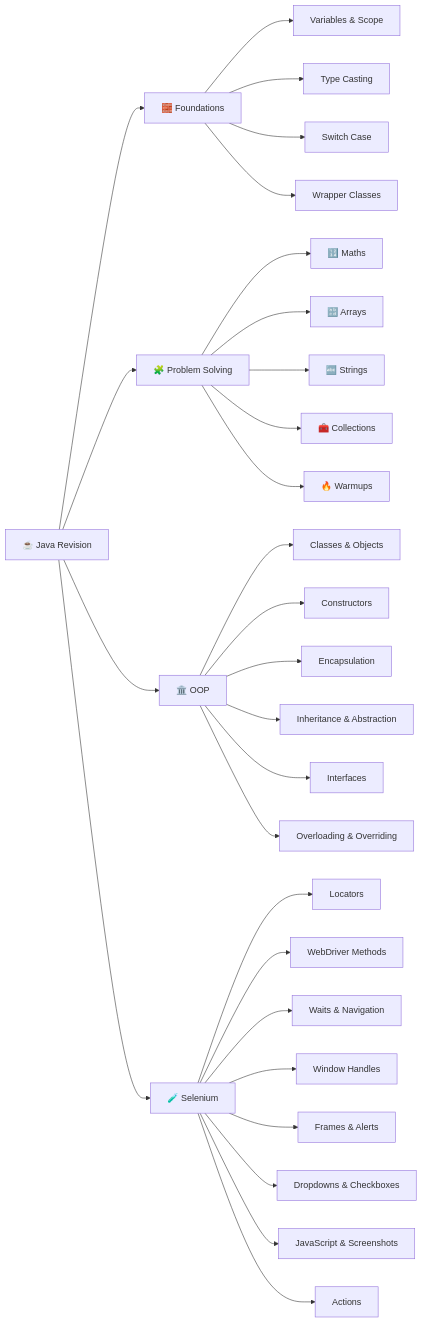
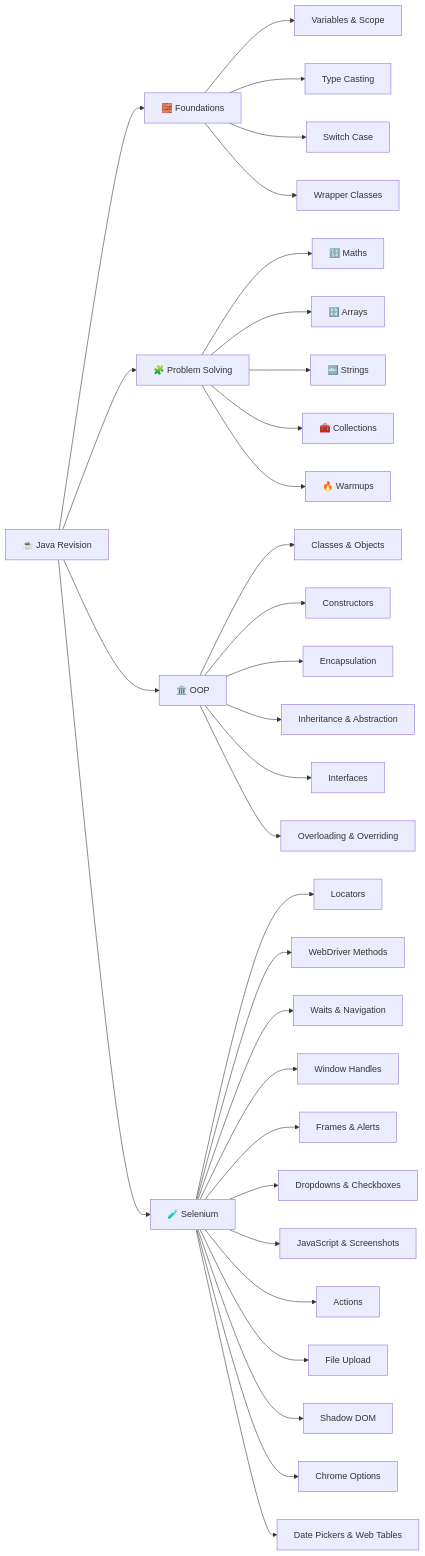
Before and after one commit to Sameer-Programmer/2026_Sep_Java_Rivision: the diagram in Sep_2026_Practice/README.md, drawn with Mermaid. The commit also changed other lines of this file, not shown here.

````diff
--- a/Sep_2026_Practice/README.md
+++ b/Sep_2026_Practice/README.md
@@ -36,34 +36,38 @@
 ```mermaid
 flowchart LR
     A[☕ Java Revision] --> B[🧱 Foundations]
     A --> C[🧩 Problem Solving]
     A --> D[🏛️ OOP]
     A --> E[🧪 Selenium]
 
     B --> B1[Variables & Scope]
     B --> B2[Type Casting]
     B --> B3[Switch Case]
     B --> B4[Wrapper Classes]
 
     C --> C1[🔢 Maths]
     C --> C2[🔡 Arrays]
     C --> C3[🔤 Strings]
     C --> C4[🧰 Collections]
     C --> C5[🔥 Warmups]
 
     D --> D1[Classes & Objects]
     D --> D2[Constructors]
     D --> D3[Encapsulation]
     D --> D4[Inheritance & Abstraction]
     D --> D5[Interfaces]
     D --> D6[Overloading & Overriding]
 
     E --> E1[Locators]
     E --> E2[WebDriver Methods]
     E --> E3[Waits & Navigation]
     E --> E4[Window Handles]
     E --> E5[Frames & Alerts]
     E --> E6[Dropdowns & Checkboxes]
     E --> E7[JavaScript & Screenshots]
     E --> E8[Actions]
+    E --> E9[File Upload]
+    E --> E10[Shadow DOM]
+    E --> E11[Chrome Options]
+    E --> E12[Date Pickers & Web Tables]
 ```
````
